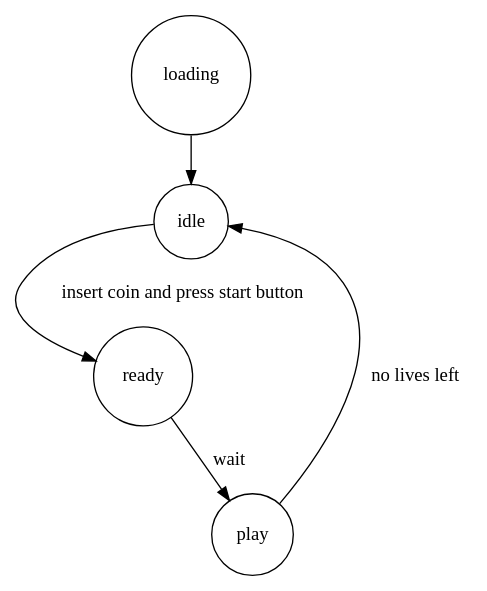
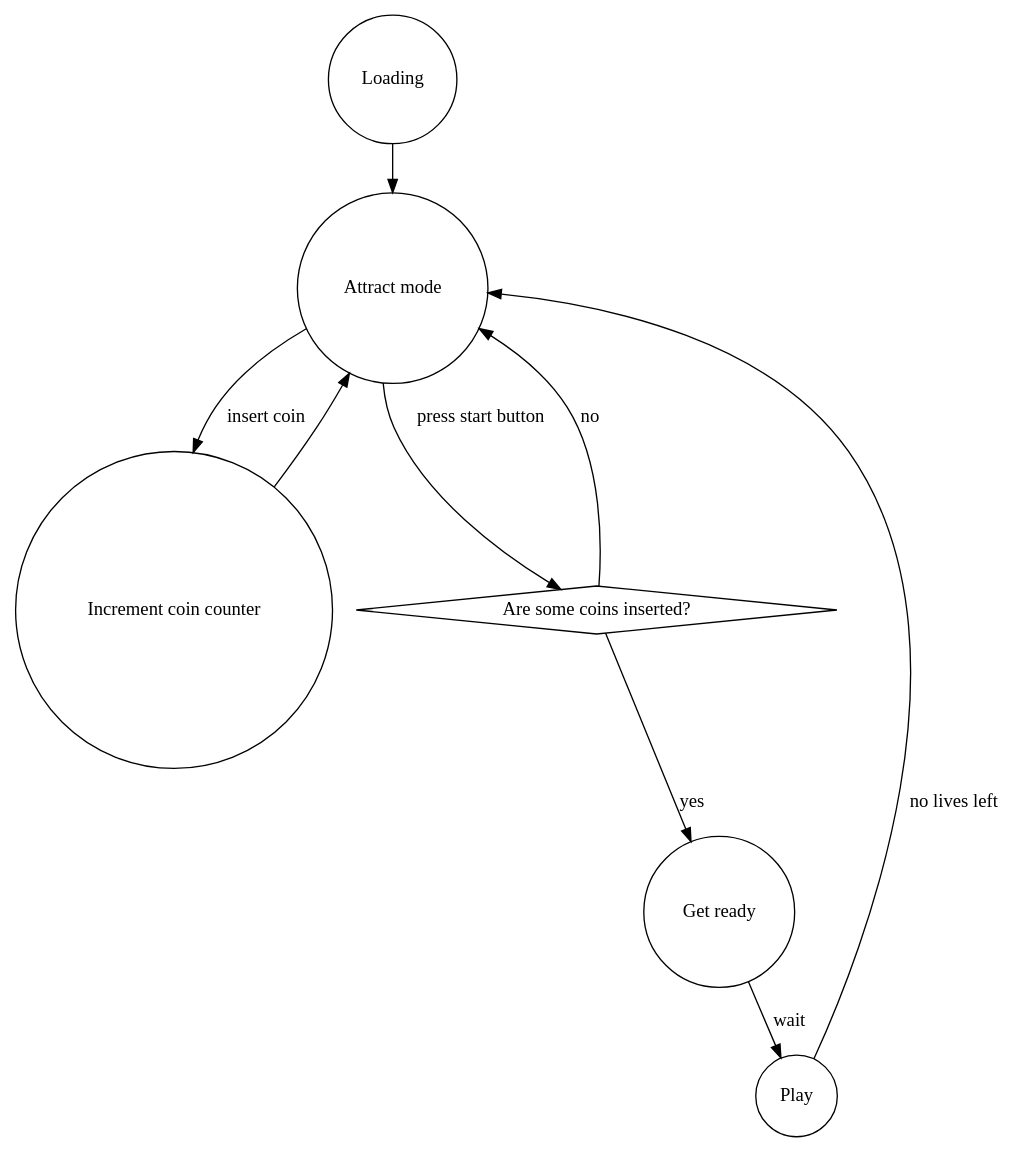
Before and after one commit to filipbartek/pacman-dfsm: the diagram in graph.gv, drawn with Graphviz.

Commit message:
graph.gv: Renamed nodes, added some arcs and nodes
Lower abstraction.

```diff
--- a/graph.gv
+++ b/graph.gv
@@ -1,18 +1,24 @@
 # Source:
 # http://www.graphviz.org/content/fsm
 # http://www.graphviz.org/Gallery/directed/fsm.gv.txt
 
 digraph pacman_dfsm {
 
-node [shape = circle];
-loading [ label = "loading" ];
-idle [ label = "idle" ];
-ready [ label = "ready" ];
-play [ label = "play" ];
+node [ shape = circle ];
+loading [ label = "Loading" ];
+idle [ label = "Attract mode" ];
+increasecoins [ label = "Increment coin counter" ];
+aretherecoins [ label = "Are some coins inserted?", shape = diamond ];
+ready [ label = "Get ready" ];
+play [ label = "Play" ];
 
 loading -> idle;
-idle -> ready [ label = "insert coin and press start button" ]
+idle -> increasecoins [ label = "insert coin" ];
+increasecoins -> idle;
+idle -> aretherecoins [ label = "press start button" ];
+aretherecoins -> ready [ label = "yes" ];
+aretherecoins -> idle [ label = "no" ];
 ready -> play [ label = "wait" ];
 play -> idle [ label = "no lives left" ];
 
 }
```
